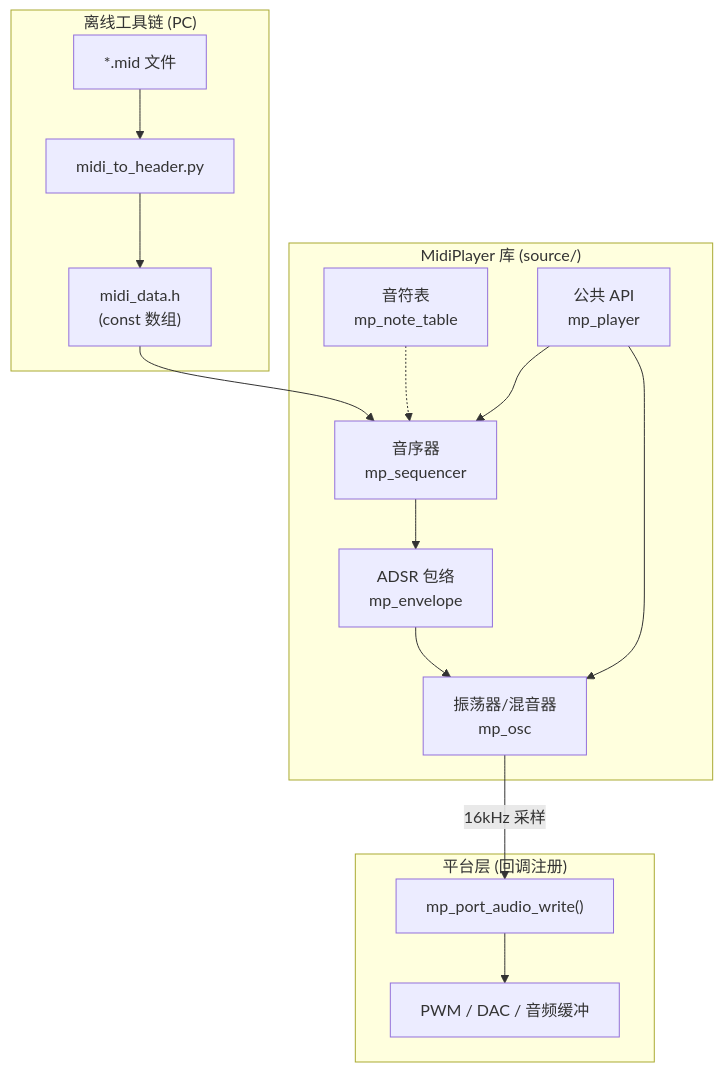
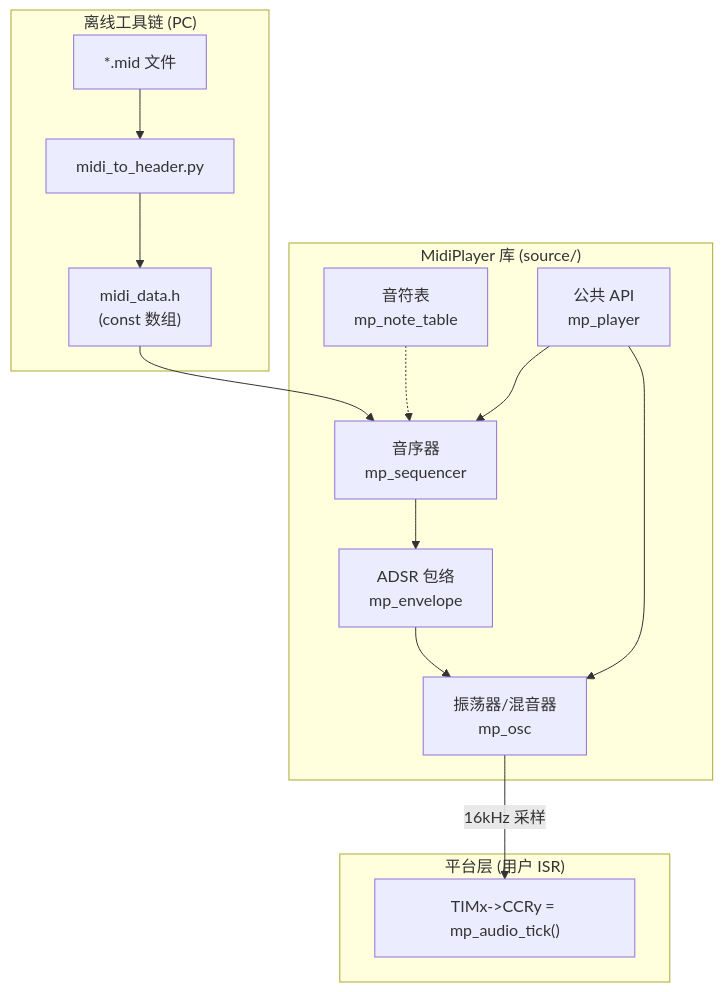
One commit to FASTSHIFT/MidiPlayer changed the first of 4 diagrams in README.md. Above: the diagram before and after it, drawn with Mermaid. The commit also changed other lines of this file and 11 other files, not shown here.

````diff
--- a/README.md
+++ b/README.md
@@ -21,21 +21,20 @@
 ```mermaid
 graph TD
     subgraph "离线工具链 (PC)"
         MIDI["*.mid 文件"] --> CONV["midi_to_header.py"]
         CONV --> HDR["midi_data.h<br/>(const 数组)"]
     end
 
     subgraph "MidiPlayer 库 (source/)"
         HDR --> SEQ["音序器<br/>mp_sequencer"]
         SEQ --> ENV["ADSR 包络<br/>mp_envelope"]
         ENV --> OSC["振荡器/混音器<br/>mp_osc"]
         NT["音符表<br/>mp_note_table"] -.-> SEQ
         API["公共 API<br/>mp_player"] --> SEQ
         API --> OSC
     end
 
-    subgraph "平台层 (回调注册)"
-        OSC --> |"16kHz 采样"| PORT["mp_port_audio_write()"]
-        PORT --> PWM["PWM / DAC / 音频缓冲"]
+    subgraph "平台层 (用户 ISR)"
+        OSC --> |"16kHz 采样"| PWM["TIMx->CCRy = mp_audio_tick()"]
     end
 ```
````
